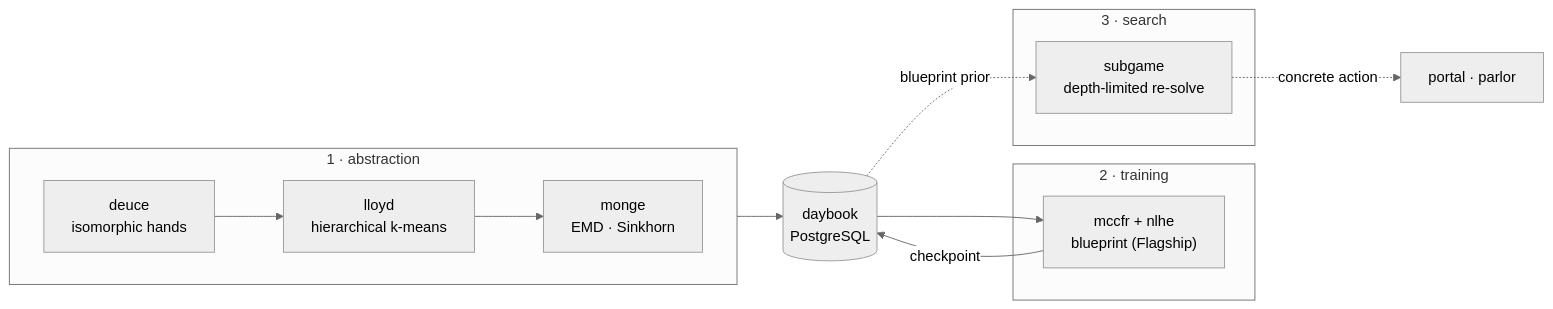
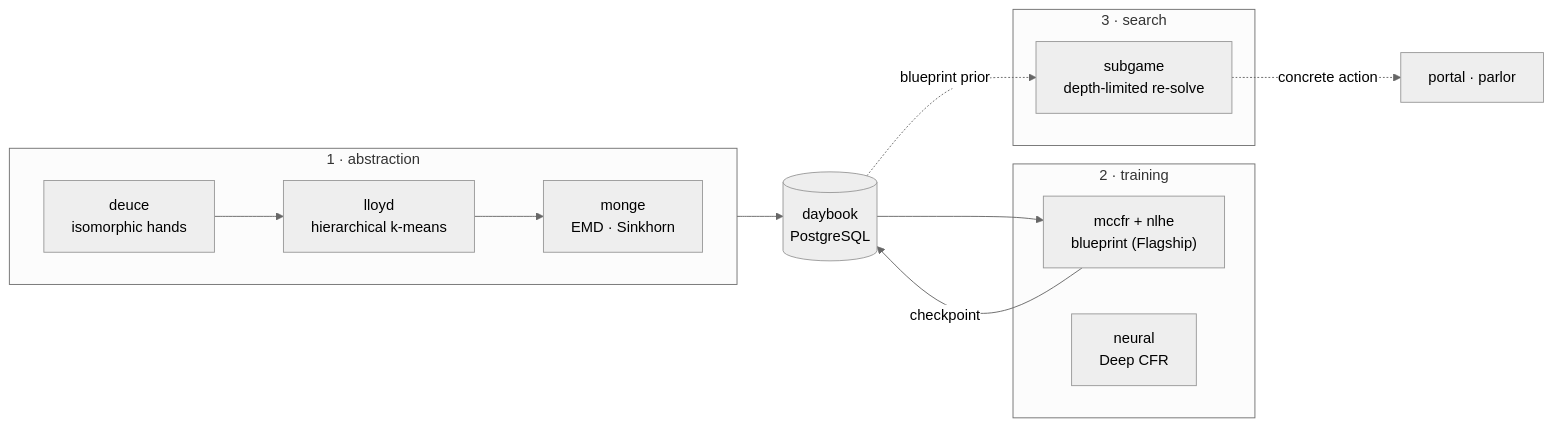
Before and after one commit to krukah/robopoker: the first of 2 diagrams in README.md, drawn with Mermaid (neutral theme). The commit also changed other lines of this file and 3 other files, not shown here.

Commit message:
docs: refresh README for Deep CFR, PHH, interpretability, and the bench harness

````diff
--- a/README.md
+++ b/README.md
@@ -33,19 +36,20 @@
 ```mermaid
 flowchart LR
   subgraph S1["1 · abstraction"]
     direction LR
     A["deuce<br/>isomorphic hands"] --> B["lloyd<br/>hierarchical k-means"]
     B --> C["monge<br/>EMD · Sinkhorn"]
   end
   subgraph S2["2 · training"]
     D["mccfr + nlhe<br/>blueprint (Flagship)"]
+    N["neural<br/>Deep CFR"]
   end
   subgraph S3["3 · search"]
     F["subgame<br/>depth-limited re-solve"]
   end
   C --> DB[("daybook<br/>PostgreSQL")]
   DB --> D
   D -->|checkpoint| DB
   DB -.->|blueprint prior| F
   F -.->|concrete action| G["portal · parlor"]
 ```
````
